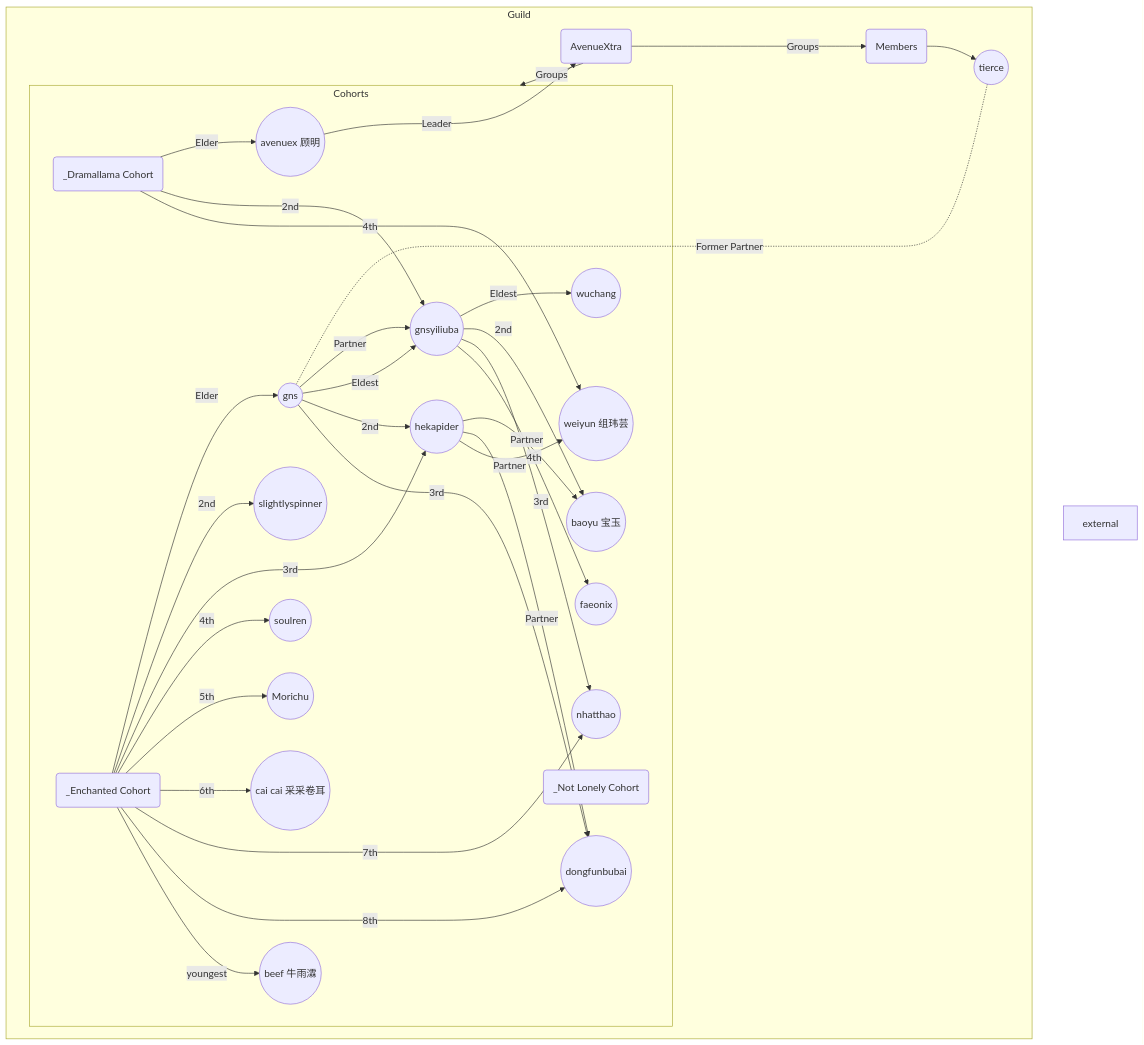
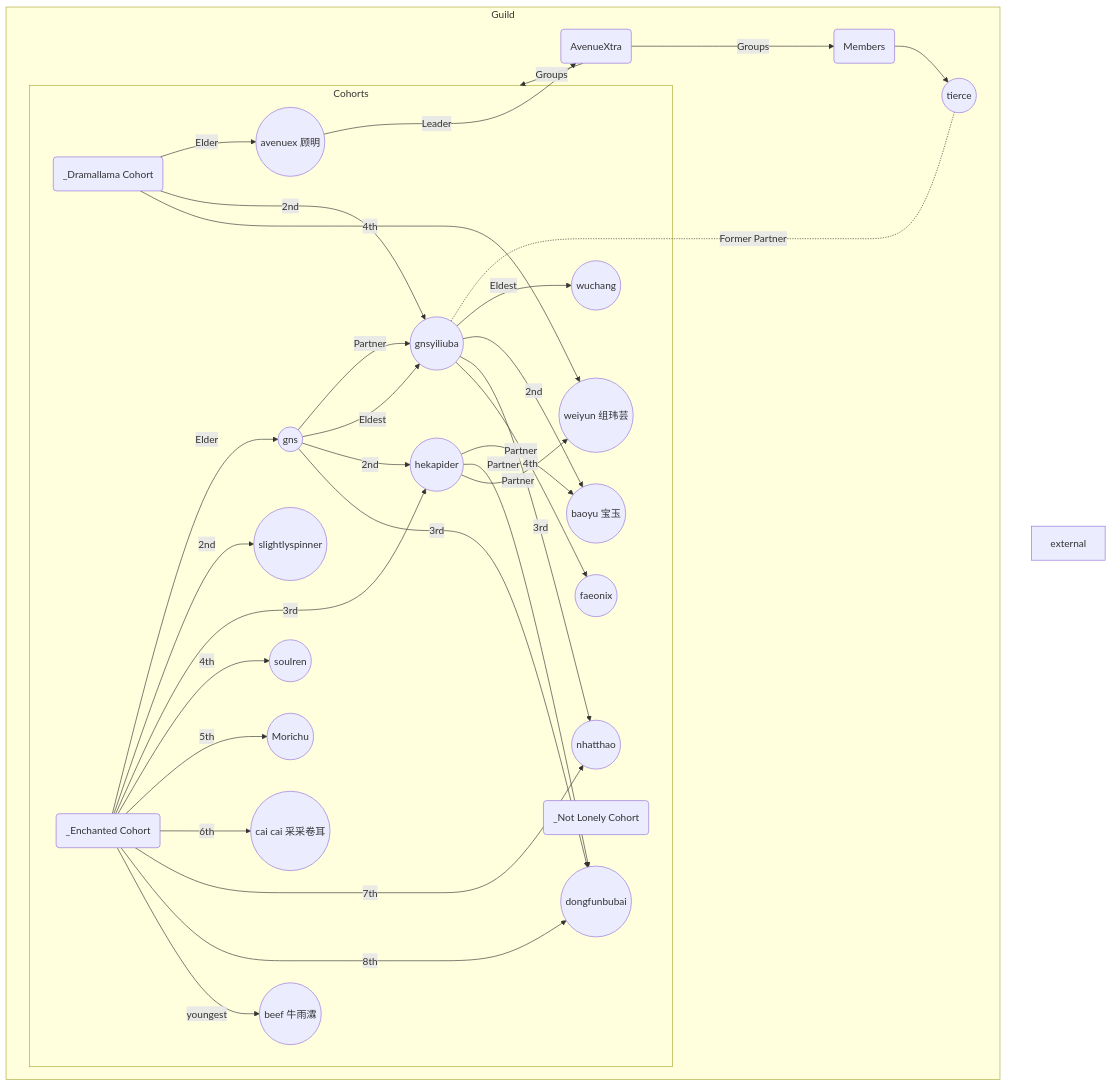
Before and after one commit to gns168/wwm168: the diagram in content/Guild/AvenueXtra.md, drawn with Mermaid. The commit also changed 2 other files, not shown here.

Commit message:
Quartz sync: Jun 20, 2026, 2:15 PM

````diff
--- a/content/Guild/AvenueXtra.md
+++ b/content/Guild/AvenueXtra.md
@@ -13,68 +13,68 @@
 ```mermaid
 graph TB
 
 l((avenuex 顾明))
 g(AvenueXtra)
 c1(_Dramallama Cohort)
 c2(_Enchanted Cohort)
 c3(_Not Lonely Cohort)
 m(Members)
 e[external]
 
 m1((gnsyiliuba))
 m2((gns))
 m3((tierce))
 m4((wuchang))
 m5((baoyu 宝玉))
 m6((nhatthao))
 m7((faeonix))
 m8((hekapider))
 m9((dongfunbubai))
 m10((weiyun 组玮芸))
 m11((slightlyspinner))
 m12((soulren))
 m13((Morichu))
 m14((cai cai 采采卷耳))
 m15((beef 牛雨瀮))
 
 l --> |Leader| g
-m2 -.- |Former Partner| m3
+m1 -.- |Former Partner| m3
 m2 --> |Partner| m1
 m2 --> |Eldest| m1
 m8 --> |Partner| m5((baoyu 宝玉))
 m8 --> |Partner| m9((dongfunbubai))
 m8 --> |Partner| m10((weiyun 组玮芸))
 
 subgraph Guild
 	g ---> |Groups| Cohorts & m
 	m --> m3
 	subgraph Cohorts
 		c1 --> |Elder| l
 			c1 --> |2nd| m1
 				m1 --> |Eldest| m4
 				m1 --> |2nd| m5
 				m1 --> |3rd| m6
 				m1 --> |4th| m7
 			c1 --> |4th| m10
 		c2 --> |Elder| m2
 				m2 --> |2nd| m8
 				m2 --> |3rd| m9
 			c2 --> |2nd| m11
 			c2 --> |3rd| m8
 			c2 --> |4th| m12
 			c2 --> |5th| m13
 			c2 --> |6th| m14
 			c2 --> |7th| m6
 			c2 --> |8th| m9
 			c2 --> |youngest| m15
 		c3
 	end
 end
 
 
 
 
 
 class g,c1,c2,c3,m,e internal-link
 class l,m1,m2,m3,m4,m5,m6,m7,m8,m9 internal-link
 ```
````
